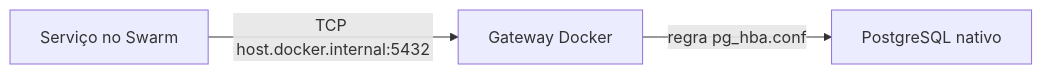
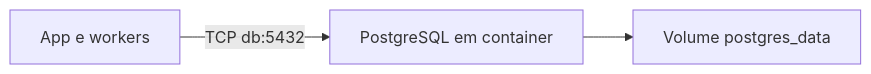
Before and after one commit to RuiGN/rgnfamarsystemv2: the first of 3 diagrams in docs/architecture/backup-restore.md, drawn with Mermaid. The commit also changed other lines of this file and 248 other files, not shown here.

````diff
--- a/docs/architecture/backup-restore.md
+++ b/docs/architecture/backup-restore.md
@@ -26,5 +24,5 @@
 ```mermaid
 flowchart LR
-    S[Serviço no Swarm] -->|TCP host.docker.internal:5432| G[Gateway Docker]
-    G -->|regra pg_hba.conf| P[PostgreSQL nativo]
+    A[App e workers] -->|TCP db:5432| P[PostgreSQL em container]
+    P --> V[Volume postgres_data]
 ```
````
